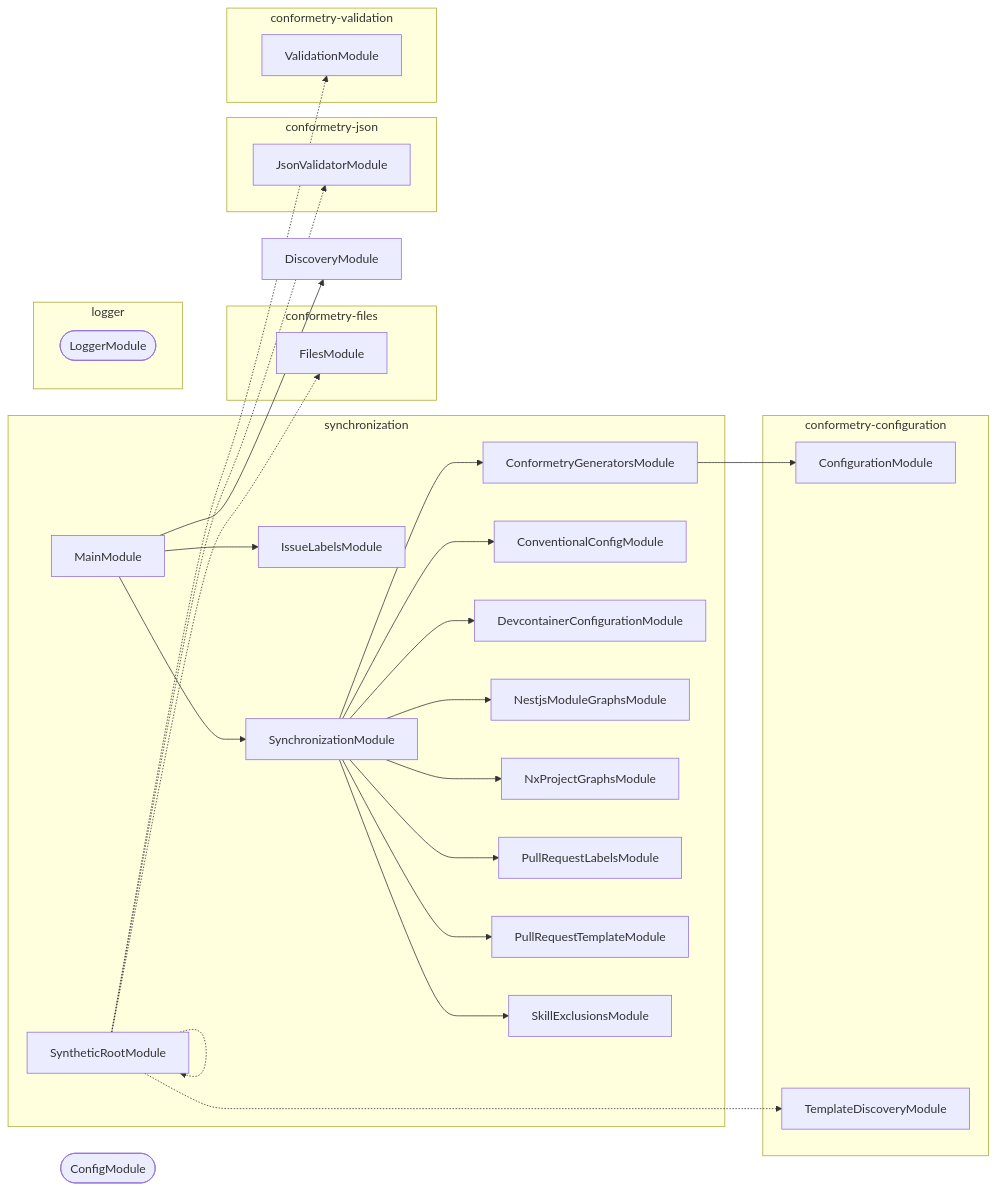
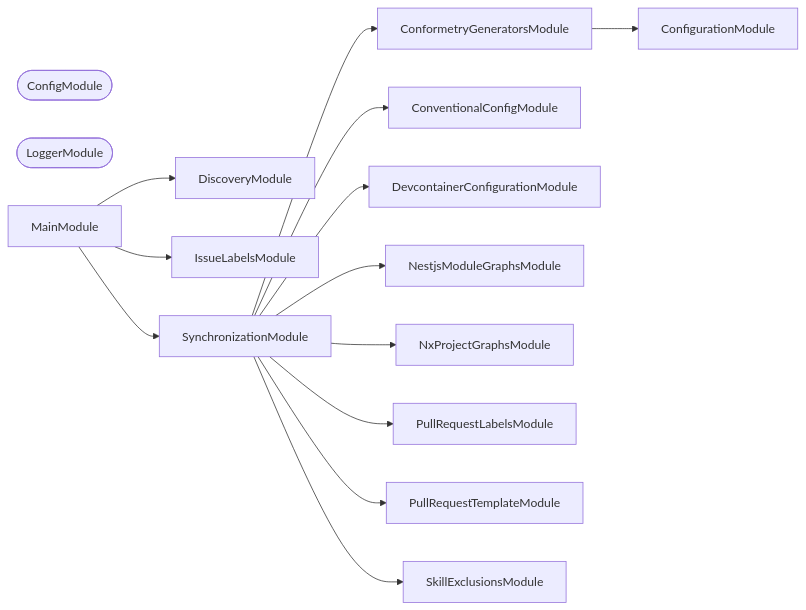
One commit to JimmyPaolini/codebase changed the second of 3 diagrams in tools/synchronization/README.md. Above: the diagram before and after it, drawn with Mermaid. The commit also changed other lines of this file and 241 other files, not shown here.

First line of the commit message:
feat(codependix,synchronization,deployments,documentation,codebase): ✨ add the codependix dependency-graph export suite (#335)

````diff
--- a/tools/synchronization/README.md
+++ b/tools/synchronization/README.md
@@ -299,52 +731,30 @@
 ```mermaid
 flowchart LR
-  subgraph group0["synchronization"]
-    ConformetryGeneratorsModule
-    ConventionalConfigModule
-    DevcontainerConfigurationModule
-    IssueLabelsModule
-    MainModule
-    NestjsModuleGraphsModule
-    NxProjectGraphsModule
-    PullRequestLabelsModule
-    PullRequestTemplateModule
-    SkillExclusionsModule
-    SynchronizationModule
-    SyntheticRootModule
-  end
-  subgraph group1["conformetry-configuration"]
-    ConfigurationModule
-    TemplateDiscoveryModule
-  end
-  subgraph group2["conformetry-files"]
-    FilesModule
-  end
-  subgraph group3["conformetry-json"]
-    JsonValidatorModule
-  end
-  subgraph group4["conformetry-validation"]
-    ValidationModule
-  end
-  subgraph group5["logger"]
-    LoggerModule([LoggerModule])
-  end
   ConfigModule([ConfigModule])
+  ConfigurationModule
+  ConformetryGeneratorsModule
+  ConventionalConfigModule
+  DevcontainerConfigurationModule
   DiscoveryModule
+  IssueLabelsModule
+  LoggerModule([LoggerModule])
+  MainModule
+  NestjsModuleGraphsModule
+  NxProjectGraphsModule
+  PullRequestLabelsModule
+  PullRequestTemplateModule
+  SkillExclusionsModule
+  SynchronizationModule
   ConformetryGeneratorsModule --> ConfigurationModule
   MainModule --> DiscoveryModule
   MainModule --> IssueLabelsModule
   MainModule --> SynchronizationModule
   SynchronizationModule --> ConformetryGeneratorsModule
   SynchronizationModule --> ConventionalConfigModule
   SynchronizationModule --> DevcontainerConfigurationModule
   SynchronizationModule --> NestjsModuleGraphsModule
   SynchronizationModule --> NxProjectGraphsModule
   SynchronizationModule --> PullRequestLabelsModule
   SynchronizationModule --> PullRequestTemplateModule
   SynchronizationModule --> SkillExclusionsModule
-  SyntheticRootModule -.-> FilesModule
-  SyntheticRootModule -.-> JsonValidatorModule
-  SyntheticRootModule -.-> SyntheticRootModule
-  SyntheticRootModule -.-> TemplateDiscoveryModule
-  SyntheticRootModule -.-> ValidationModule
 ```
````
